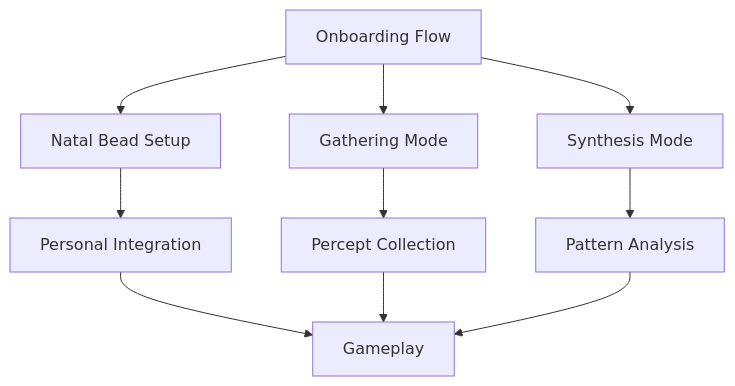
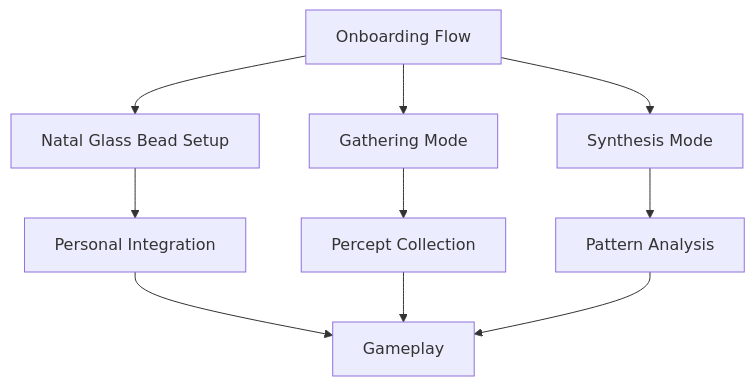
One commit to heavyblotto/memorativa changed the fourth of 5 diagrams in docs/2. the cybernetic system/memorativa-2-23-gameplay.md. Above: the diagram before and after it, drawn with Mermaid. The commit also changed other lines of this file and 8 other files, not shown here.

````diff
--- a/docs/2. the cybernetic system/memorativa-2-23-gameplay.md
+++ b/docs/2. the cybernetic system/memorativa-2-23-gameplay.md
@@ -181,14 +329,14 @@
 ```mermaid
 graph TD
-    OF[Onboarding Flow] --> NB[Natal Bead Setup]
+    OF[Onboarding Flow] --> NGB[Natal Glass Bead Setup]
     OF --> GM[Gathering Mode]
     OF --> SM[Synthesis Mode]
     
-    NB --> PI[Personal Integration]
+    NGB --> PI[Personal Integration]
     GM --> PC[Percept Collection]
     SM --> PA[Pattern Analysis]
     
     PI --> GP[Gameplay]
     PC --> GP
     PA --> GP
 ```
````
